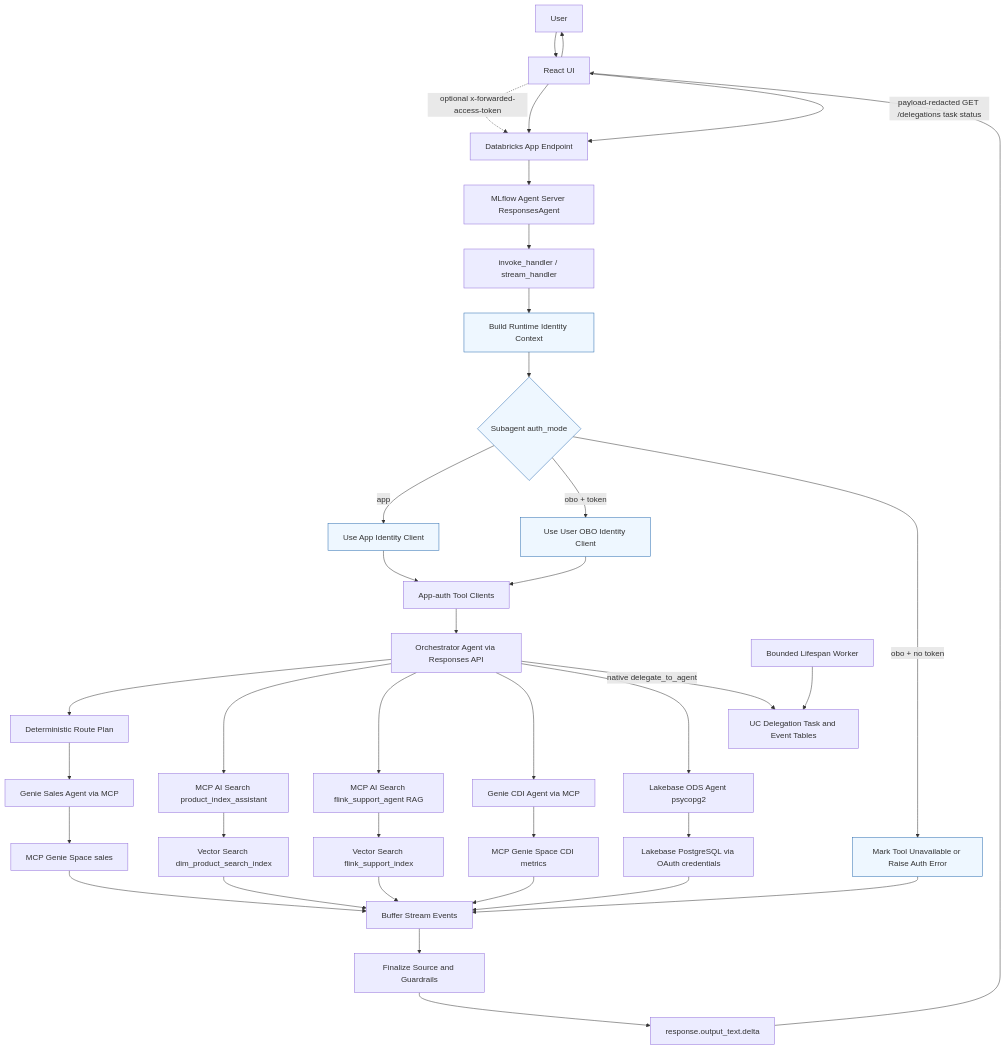
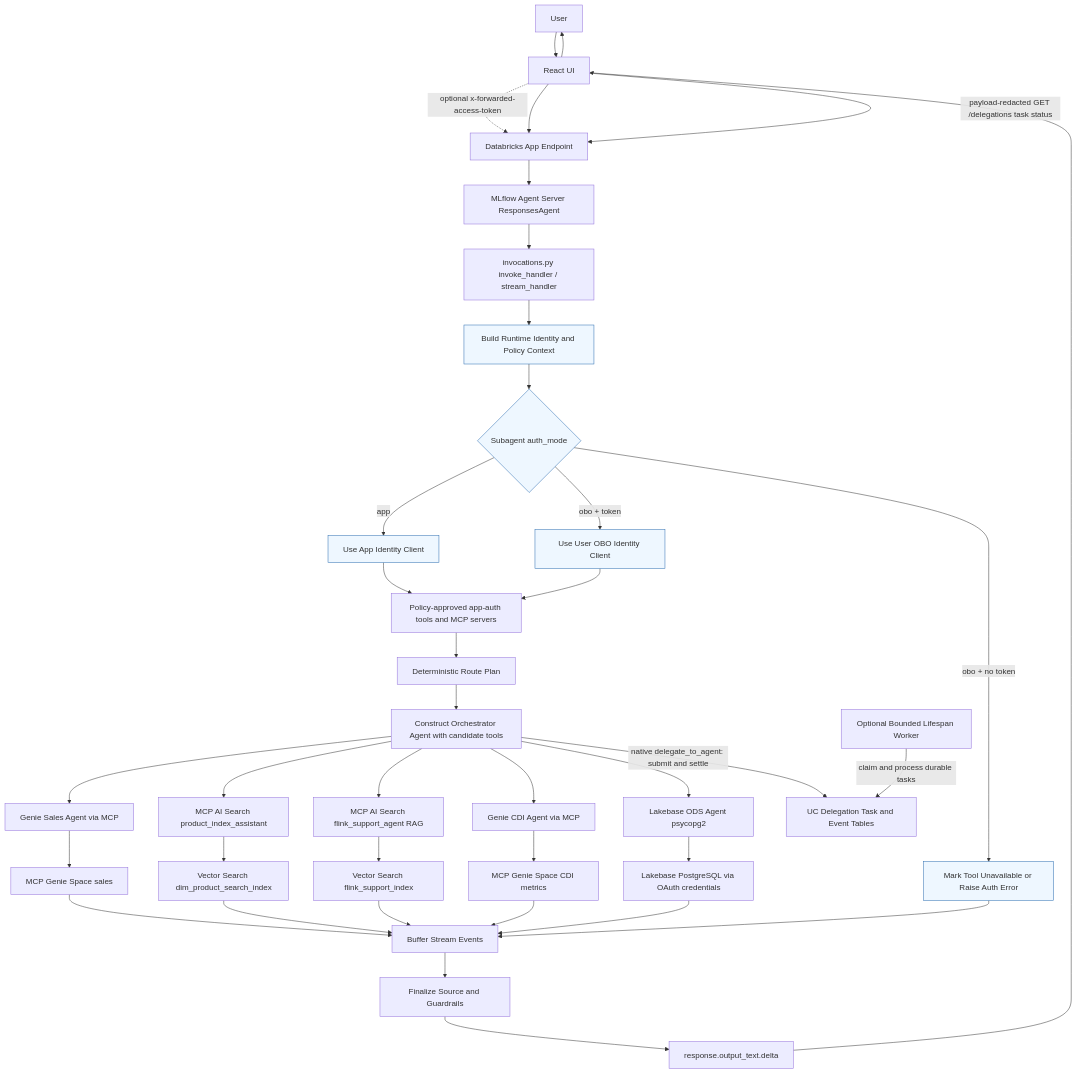
The second of 2 diagrams in docs/architecture/high-level-architecture.md (wchen-dea/Governed-Multi-Agent-Intelligence-on-Databricks), drawn with Mermaid before and after one commit. The commit also changed other lines of this file and 114 other files, not shown here.

````diff
--- a/docs/architecture/high-level-architecture.md
+++ b/docs/architecture/high-level-architecture.md
@@ -155,47 +155,46 @@
 ```mermaid
 flowchart TD
     U[User]
     U --> UI[React UI]
     UI -.optional x-forwarded-access-token.-> APP
     UI --> APP[Databricks App Endpoint]
     APP --> S[MLflow Agent Server ResponsesAgent]
-    S --> H[invoke_handler / stream_handler]
-    H --> C[Build Runtime Identity Context]
+    S --> H[invocations.py invoke_handler / stream_handler]
+    H --> C[Build Runtime Identity and Policy Context]
     C --> D{Subagent auth_mode}
     D -->|app| AID[Use App Identity Client]
     D -->|obo + token| OID[Use User OBO Identity Client]
     D -->|obo + no token| ERR[Mark Tool Unavailable or Raise Auth Error]
-    AID --> TOOLS[App-auth Tool Clients]
-    OID --> TOOLS
-    TOOLS --> O[Orchestrator Agent via Responses API]
-
-    O --> PLAN[Deterministic Route Plan]
-    PLAN --> G[Genie Sales Agent via MCP]
+    AID --> AVAIL[Policy-approved app-auth tools and MCP servers]
+    OID --> AVAIL
+    AVAIL --> PLAN[Deterministic Route Plan]
+    PLAN --> O[Construct Orchestrator Agent with candidate tools]
+    O --> G[Genie Sales Agent via MCP]
     O --> K[MCP AI Search product_index_assistant]
     O --> F[MCP AI Search flink_support_agent RAG]
     O --> CDI[Genie CDI Agent via MCP]
     O --> LB[Lakebase ODS Agent psycopg2]
-    O -->|native delegate_to_agent| DT[UC Delegation Task and Event Tables]
-    W[Bounded Lifespan Worker] --> DT
+    O -->|native delegate_to_agent: submit and settle| DT[UC Delegation Task and Event Tables]
+    W[Optional Bounded Lifespan Worker] -->|claim and process durable tasks| DT
 
     G --> M[MCP Genie Space sales]
     K --> R1[Vector Search dim_product_search_index]
     F --> R3[Vector Search flink_support_index]
     CDI --> M2[MCP Genie Space CDI metrics]
     LB --> PG[Lakebase PostgreSQL via OAuth credentials]
 
     M --> BUF[Buffer Stream Events]
     R1 --> BUF
     R3 --> BUF
     M2 --> BUF
     PG --> BUF
     ERR --> BUF
     BUF --> R[Finalize Source and Guardrails]
     R --> DELTA[response.output_text.delta]
     DELTA --> UI
     UI -->|payload-redacted GET /delegations task status| APP
     UI --> U
 
     classDef auth fill:#eef7ff,stroke:#2b6cb0,stroke-width:1px;
     class C,D,AID,OID,ERR auth;
 ```
````
